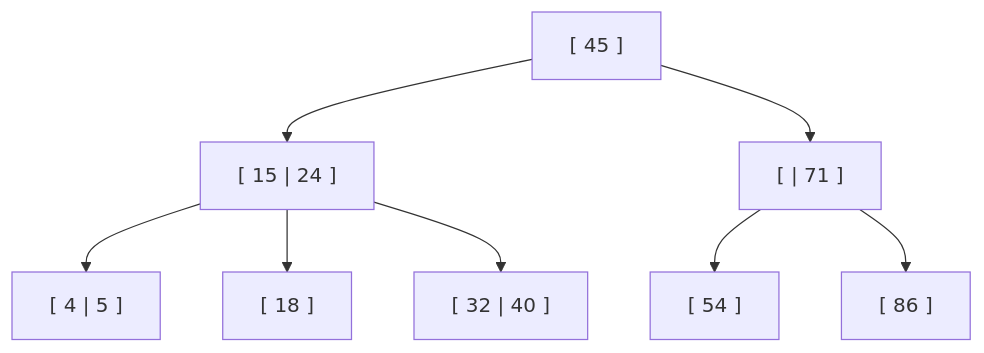
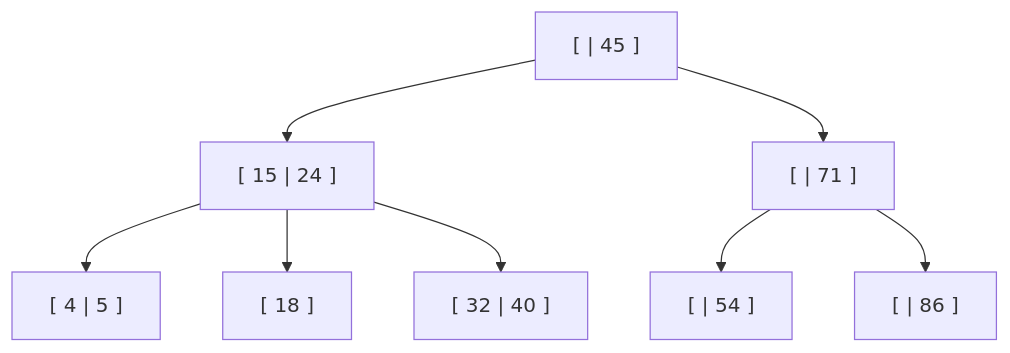
Before and after one commit to IvasiutaM/Algoritmos-II-Consulta: the fifth of 7 diagrams in Unidad 6 Estructuras de Datos no lineales/Árbol2-3-EjercicioParcial.md, drawn with Mermaid. The commit also changed other lines of this file, not shown here.

````diff
--- a/Unidad 6 Estructuras de Datos no lineales/Árbol2-3-EjercicioParcial.md
+++ b/Unidad 6 Estructuras de Datos no lineales/Árbol2-3-EjercicioParcial.md
@@ -80,23 +80,23 @@
 ```mermaid
 graph TD
-    A["[ 45 ]"]
+    A["[ | 45 ]"]
 
     B["[ 15 | 24 ]"]
     C["[ | 71 ]"]
 
     D["[ 4 | 5 ]"]
     E["[ 18 ]"]
     F["[ 32 | 40 ]"]
-    G["[ 54 ]"]
-    H["[ 86 ]"]
+    G["[ | 54 ]"]
+    H["[ | 86 ]"]
 
     A --> B
     A --> C
 
     B --> D
     B --> E
     B --> F
 
     C --> G
     C --> H
 ```
````
